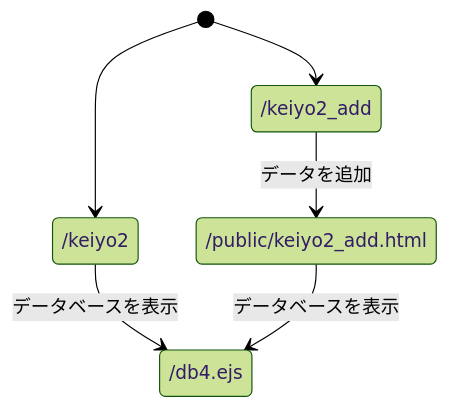
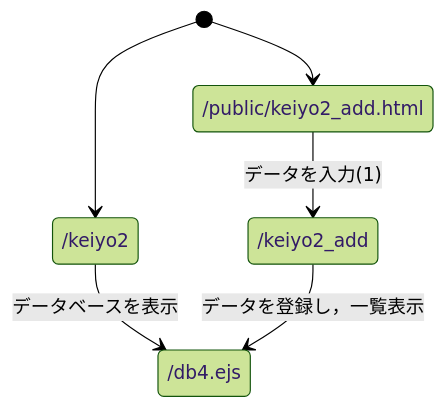
The third of 4 diagrams in wpro06.md (Sanbaizux333/webpro_06), drawn with Mermaid (forest theme) before and after one commit. The commit also changed other lines of this file and 4 other files, not shown here.

Commit message:
現在のシステムについて遷移図を整理し，station2のデータ追加機能を実装した

````diff
--- a/wpro06.md
+++ b/wpro06.md
@@ -41,8 +48,8 @@
 ```mermaid
 stateDiagram-v2
 [*] --> /keiyo2
-[*] --> /keiyo2_add
+[*] --> /public/keiyo2_add.html
 /keiyo2 --> /db4.ejs:データベースを表示
-/keiyo2_add --> /public/keiyo2_add.html:データを追加
-/public/keiyo2_add.html --> /db4.ejs:データベースを表示
+/public/keiyo2_add.html --> /keiyo2_add:データを入力(1)
+/keiyo2_add --> /db4.ejs:データを登録し，一覧表示
 ```
````
